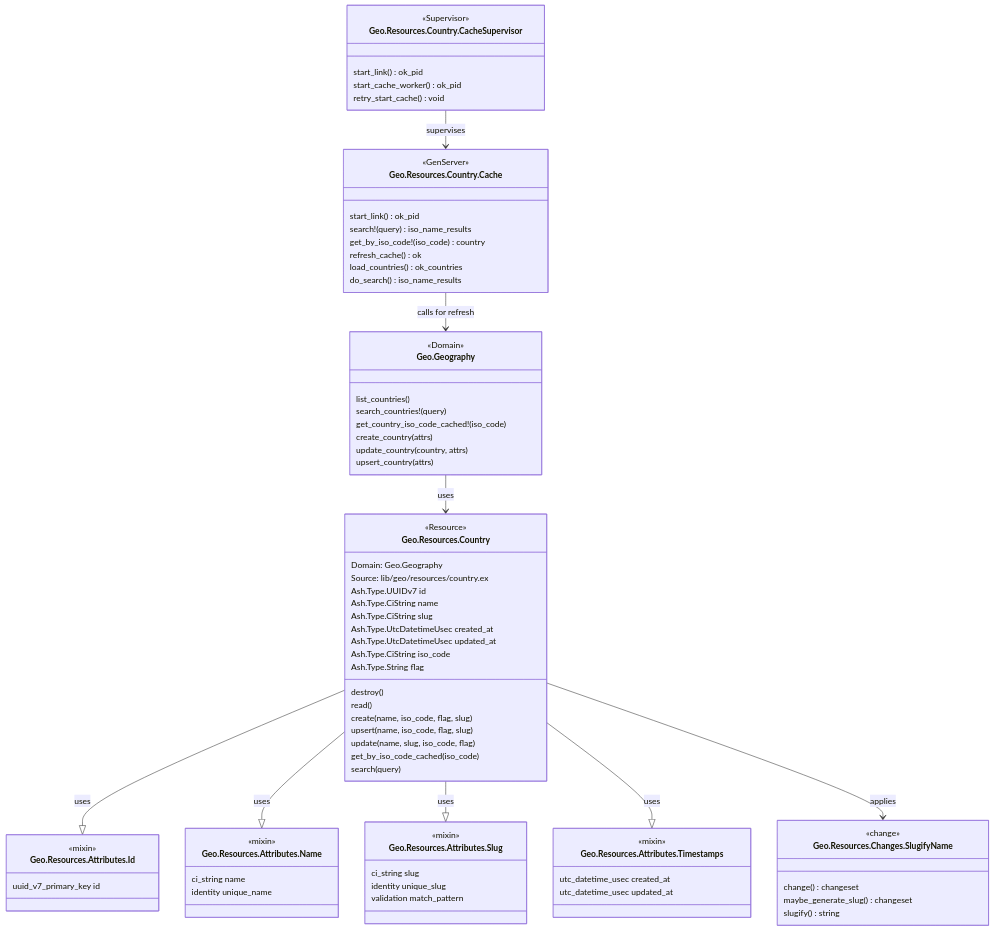
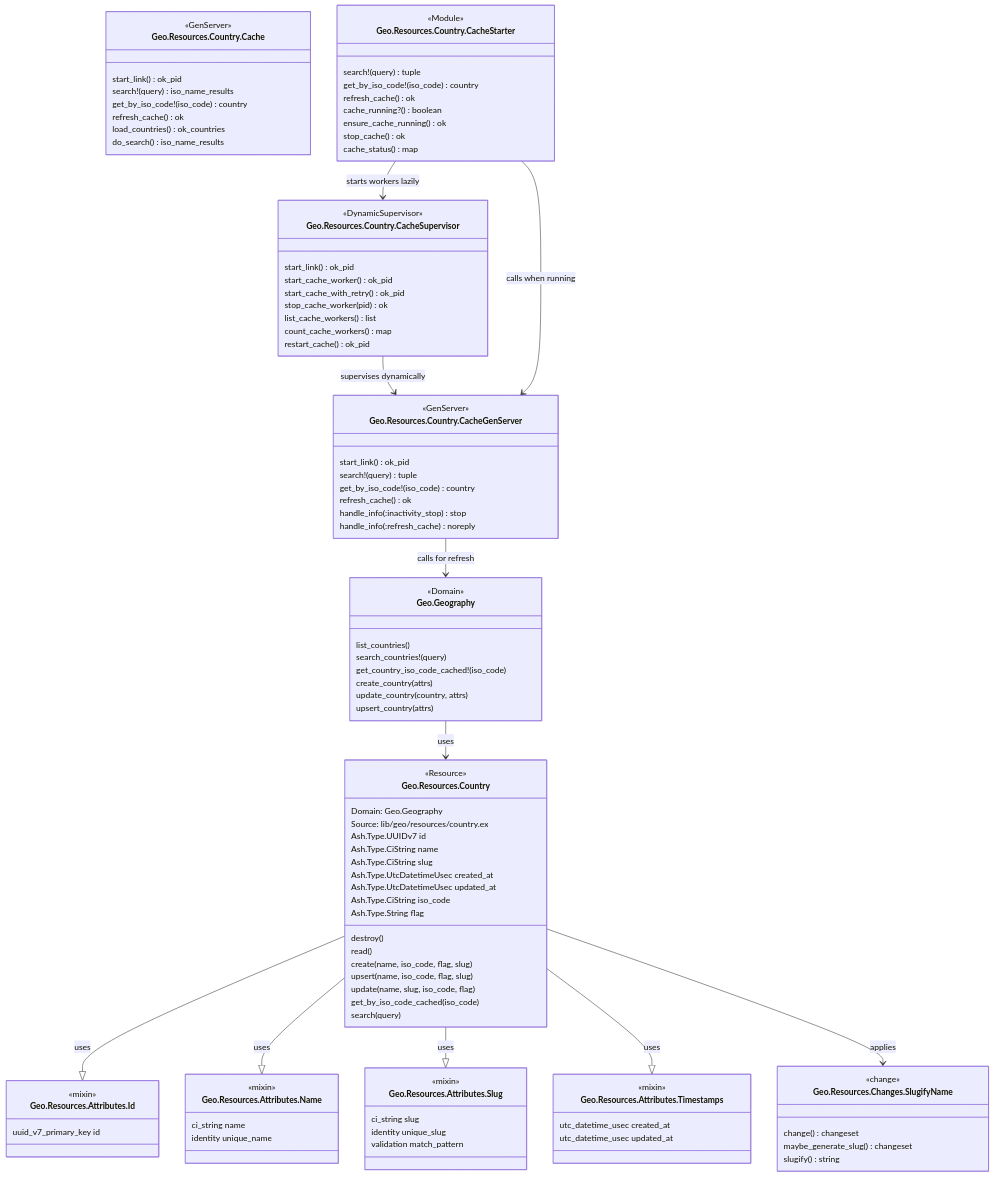
The first of 6 diagrams in README.md (dev-guy/geo), drawn with Mermaid before and after one commit. The commit also changed other lines of this file and 5 other files, not shown here.

````diff
--- a/README.md
+++ b/README.md
@@ -161,10 +161,35 @@
     }
     
     class Geo.Resources.Country.CacheSupervisor {
-        <<Supervisor>>
+        <<DynamicSupervisor>>
         start_link() ok_pid
         start_cache_worker() ok_pid
-        retry_start_cache() void
+        start_cache_with_retry() ok_pid
+        stop_cache_worker(pid) ok
+        list_cache_workers() list
+        count_cache_workers() map
+        restart_cache() ok_pid
+    }
+    
+    class Geo.Resources.Country.CacheStarter {
+        <<Module>>
+        search!(query) tuple
+        get_by_iso_code!(iso_code) country
+        refresh_cache() ok
+        cache_running?() boolean
+        ensure_cache_running() ok
+        stop_cache() ok
+        cache_status() map
+    }
+    
+    class Geo.Resources.Country.CacheGenServer {
+        <<GenServer>>
+        start_link() ok_pid
+        search!(query) tuple
+        get_by_iso_code!(iso_code) country
+        refresh_cache() ok
+        handle_info(:inactivity_stop) stop
+        handle_info(:refresh_cache) noreply
     }
     
     Geo.Geography --> Geo.Resources.Country : uses
@@ -173,6 +198,8 @@
     Geo.Resources.Country --|> Geo.Resources.Attributes.Slug : uses
     Geo.Resources.Country --|> Geo.Resources.Attributes.Timestamps : uses
     Geo.Resources.Country --> Geo.Resources.Changes.SlugifyName : applies
-    Geo.Resources.Country.Cache --> Geo.Geography : calls for refresh
-    Geo.Resources.Country.CacheSupervisor --> Geo.Resources.Country.Cache : supervises
+    Geo.Resources.Country.CacheGenServer --> Geo.Geography : calls for refresh
+    Geo.Resources.Country.CacheSupervisor --> Geo.Resources.Country.CacheGenServer : supervises dynamically
+    Geo.Resources.Country.CacheStarter --> Geo.Resources.Country.CacheSupervisor : starts workers lazily
+    Geo.Resources.Country.CacheStarter --> Geo.Resources.Country.CacheGenServer : calls when running
 ```
````
